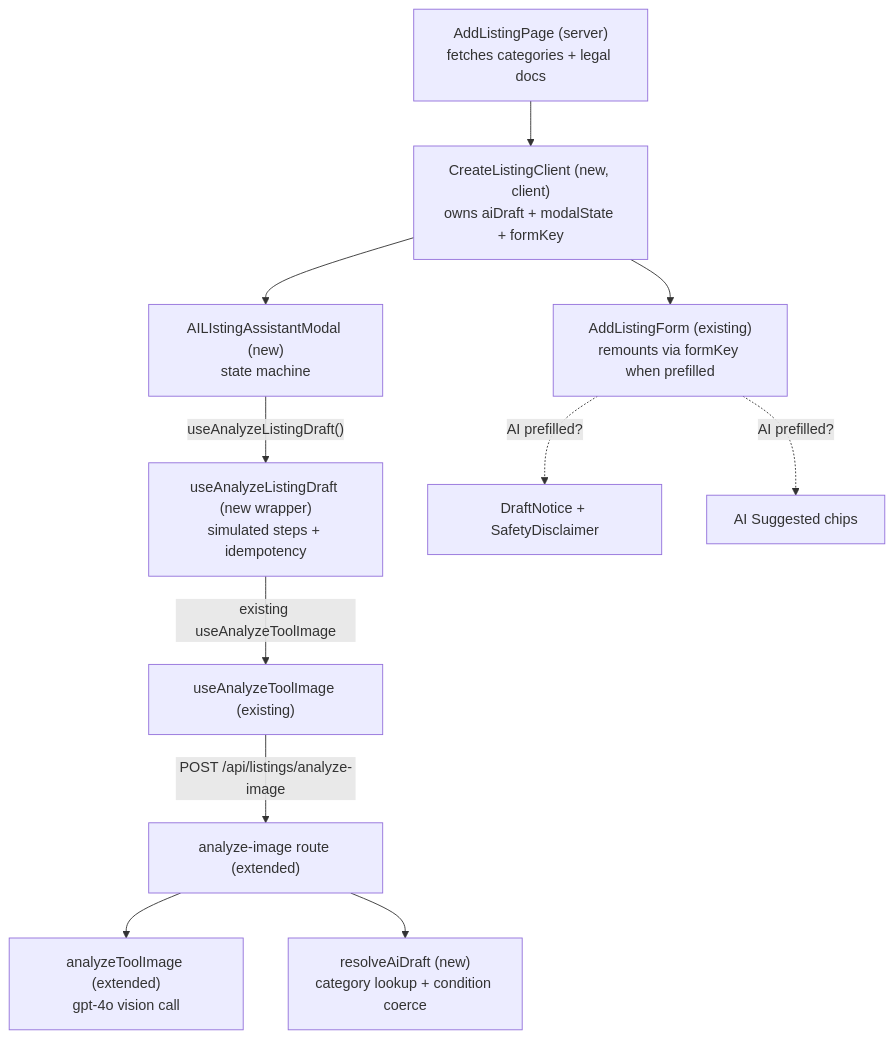
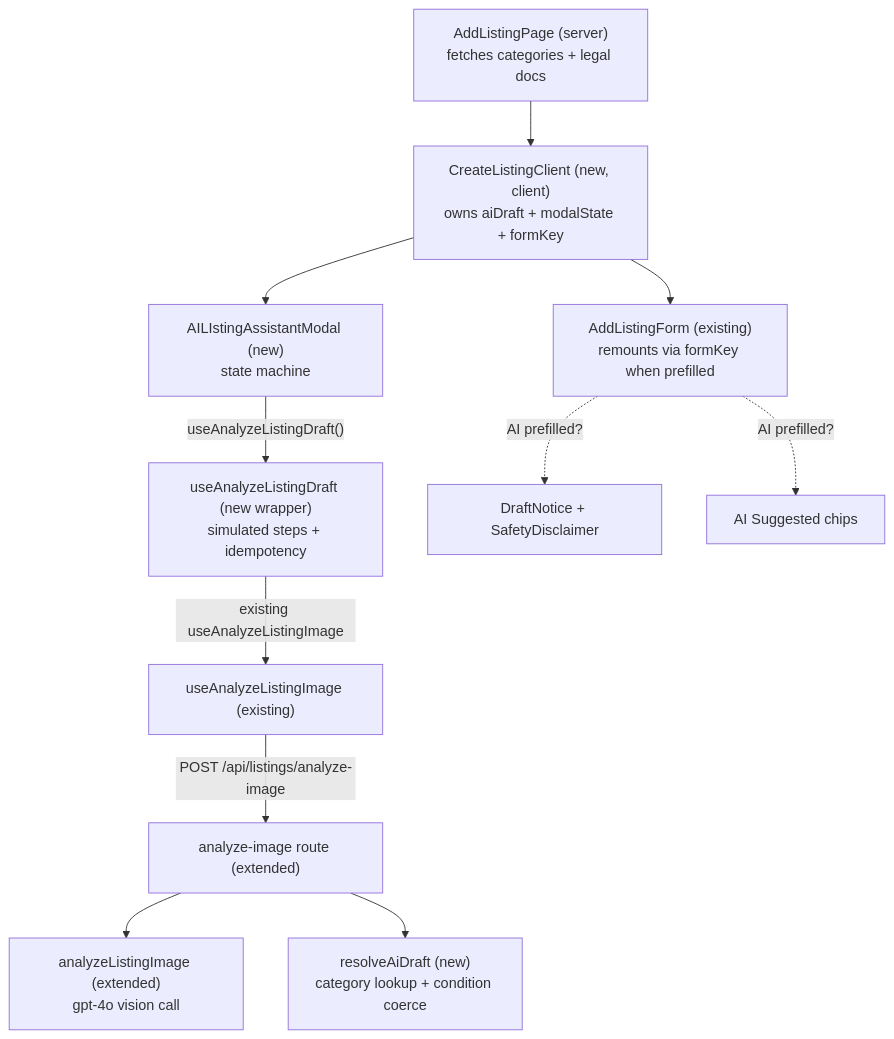
Before and after one commit to dustinwalkup/hoador-web: the first of 2 diagrams in specs/ai-listing-assistant/2-design.md, drawn with Mermaid. The commit also changed other lines of this file and 22 other files, not shown here.

First line of the commit message:
Refactor AI Listing Assistant: Rename analyzeToolImage to analyzeListingImage, update related hooks, routes, and tests

````diff
--- a/specs/ai-listing-assistant/2-design.md
+++ b/specs/ai-listing-assistant/2-design.md
@@ -19,14 +19,14 @@
 ```mermaid
 flowchart TD
     Page["AddListingPage (server)<br/>fetches categories + legal docs"] --> Orchestrator
     Orchestrator["CreateListingClient (new, client)<br/>owns aiDraft + modalState + formKey"]
     Orchestrator --> Modal["AILIstingAssistantModal (new)<br/>state machine"]
     Orchestrator --> Form["AddListingForm (existing)<br/>remounts via formKey when prefilled"]
     Modal -->|"useAnalyzeListingDraft()"| Hook["useAnalyzeListingDraft (new wrapper)<br/>simulated steps + idempotency"]
-    Hook -->|"existing useAnalyzeToolImage"| Mutation["useAnalyzeToolImage (existing)"]
+    Hook -->|"existing useAnalyzeListingImage"| Mutation["useAnalyzeListingImage (existing)"]
     Mutation -->|"POST /api/listings/analyze-image"| Route["analyze-image route (extended)"]
-    Route --> Service["analyzeToolImage (extended)<br/>gpt-4o vision call"]
+    Route --> Service["analyzeListingImage (extended)<br/>gpt-4o vision call"]
     Route --> Resolve["resolveAiDraft (new)<br/>category lookup + condition coerce"]
     Form -. AI prefilled? .-> Banner["DraftNotice + SafetyDisclaimer"]
     Form -. AI prefilled? .-> Indicators["AI Suggested chips"]
 ```
````
